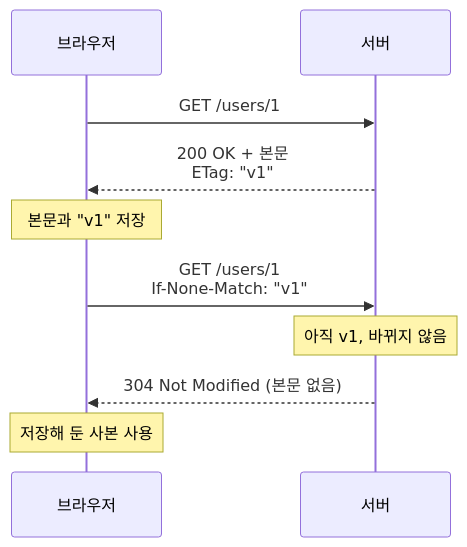
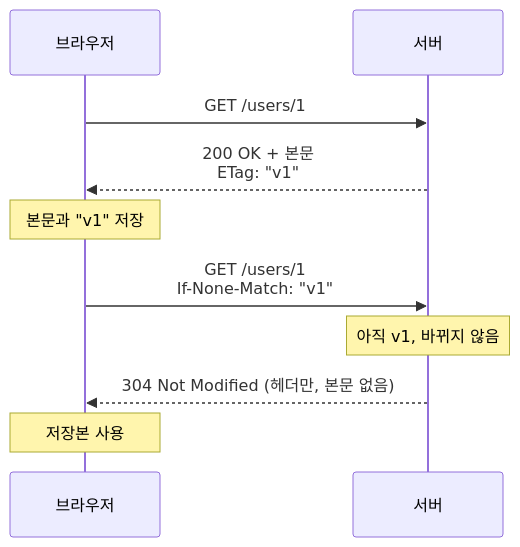
Before and after one commit to JangHwanPark/Note: the third of 3 diagrams in CS_Basic/WEB/HTTP 헤더(HTTP Headers)/README.md, drawn with Mermaid. The commit also changed other lines of this file, not shown here.

````diff
--- a/CS_Basic/WEB/HTTP 헤더(HTTP Headers)/README.md
+++ b/CS_Basic/WEB/HTTP 헤더(HTTP Headers)/README.md
@@ -173,12 +180,12 @@
 ```mermaid
 sequenceDiagram
     participant B as 브라우저
     participant S as 서버
     B->>S: GET /users/1
     S-->>B: 200 OK + 본문<br/>ETag: "v1"
     Note over B: 본문과 "v1" 저장
     B->>S: GET /users/1<br/>If-None-Match: "v1"
     Note over S: 아직 v1, 바뀌지 않음
-    S-->>B: 304 Not Modified (본문 없음)
-    Note over B: 저장해 둔 사본 사용
+    S-->>B: 304 Not Modified (헤더만, 본문 없음)
+    Note over B: 저장본 사용
 ```
````
